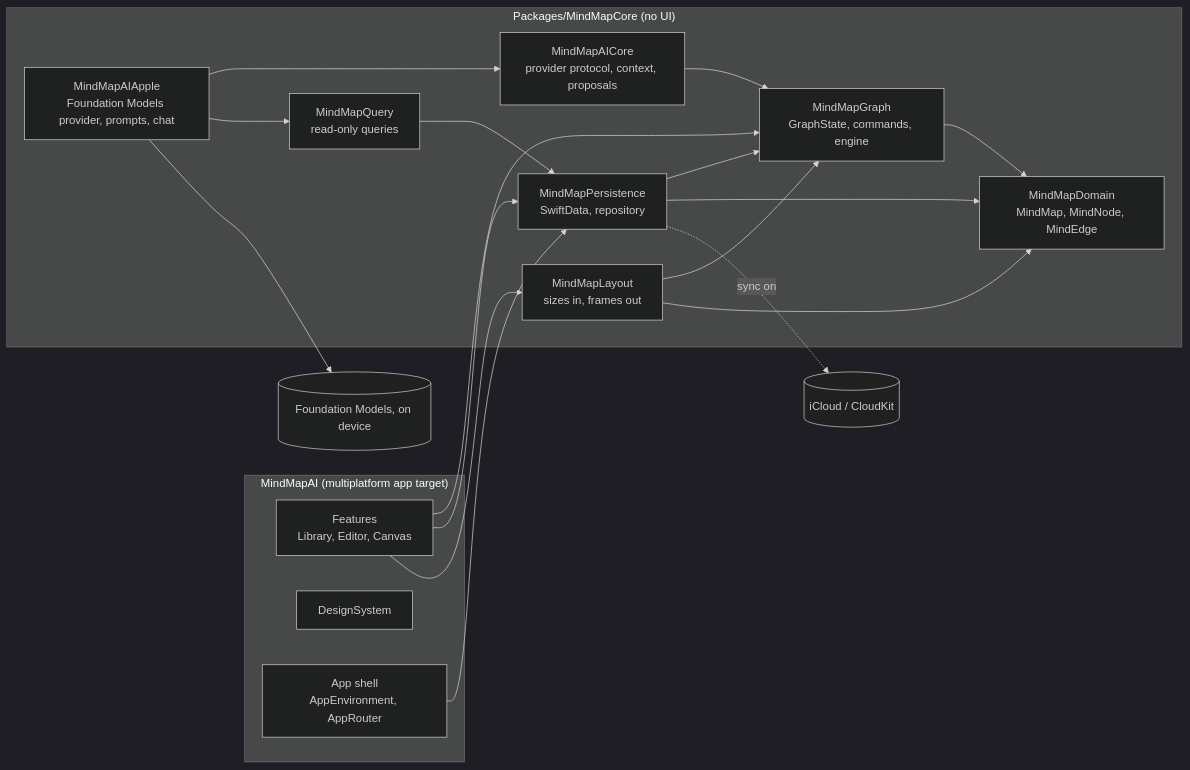
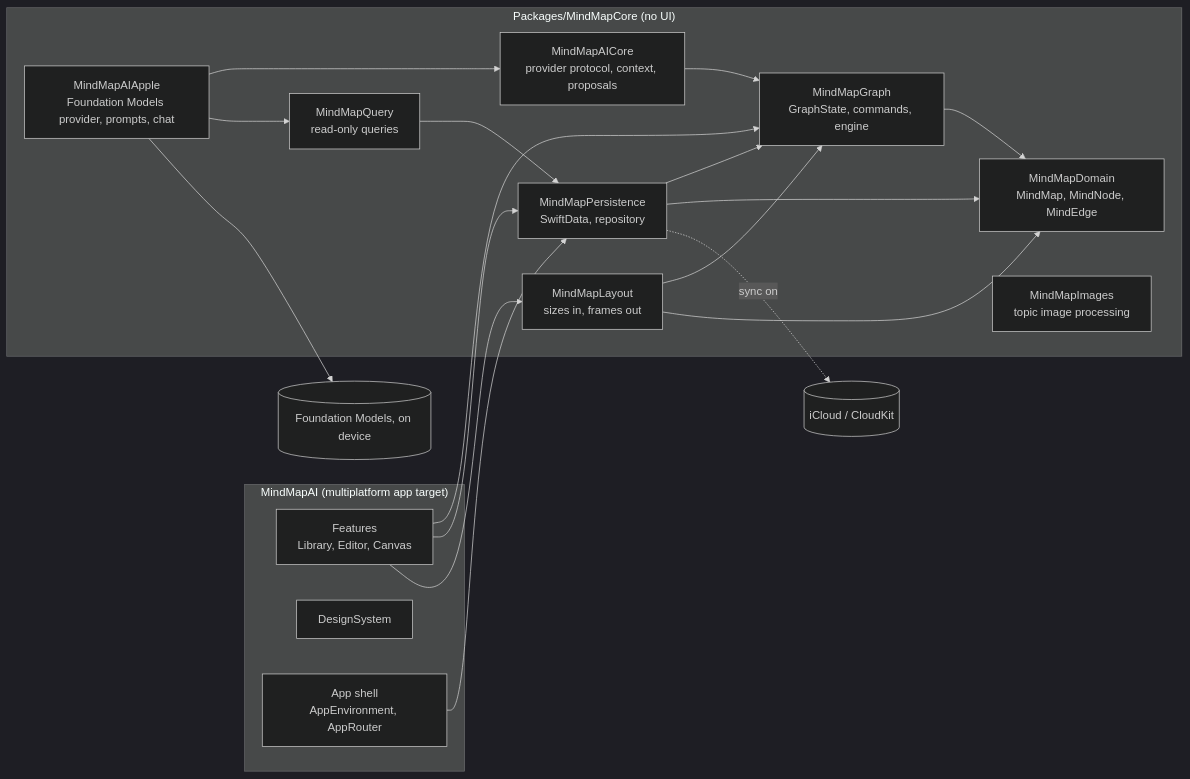
The diagram in docs/architecture.md (tdduydev/xdev-mindmap-ai), drawn with Mermaid (dark theme) before and after one commit. The commit also changed other lines of this file and 3 other files, not shown here.

Commit message:
docs: topic image processing, storage, commands and backup (MM-63)

````diff
--- a/docs/architecture.md
+++ b/docs/architecture.md
@@ -5,32 +5,33 @@
 ```mermaid
 flowchart LR
   subgraph App["MindMapAI (multiplatform app target)"]
     Features["Features<br/>Library, Editor, Canvas"]
     DS["DesignSystem"]
     Shell["App shell<br/>AppEnvironment, AppRouter"]
   end
   subgraph Core["Packages/MindMapCore (no UI)"]
     Domain["MindMapDomain<br/>MindMap, MindNode, MindEdge"]
     Graph["MindMapGraph<br/>GraphState, commands, engine"]
     Persistence["MindMapPersistence<br/>SwiftData, repository"]
     Layout["MindMapLayout<br/>sizes in, frames out"]
     AICore["MindMapAICore<br/>provider protocol, context, proposals"]
     AIApple["MindMapAIApple<br/>Foundation Models provider, prompts, chat"]
     Query["MindMapQuery<br/>read-only queries"]
+    Images["MindMapImages<br/>topic image processing"]
   end
   Features --> Graph
   Features --> Persistence
   Features --> Layout
   Shell --> Persistence
   Graph --> Domain
   Persistence --> Graph
   Persistence --> Domain
   Layout --> Graph
   Layout --> Domain
   Persistence -.sync on.-> CloudKit[(iCloud / CloudKit)]
   AICore --> Graph
   AIApple --> AICore
   AIApple --> Query
   Query --> Persistence
   AIApple --> FM[(Foundation Models, on device)]
 ```
````
